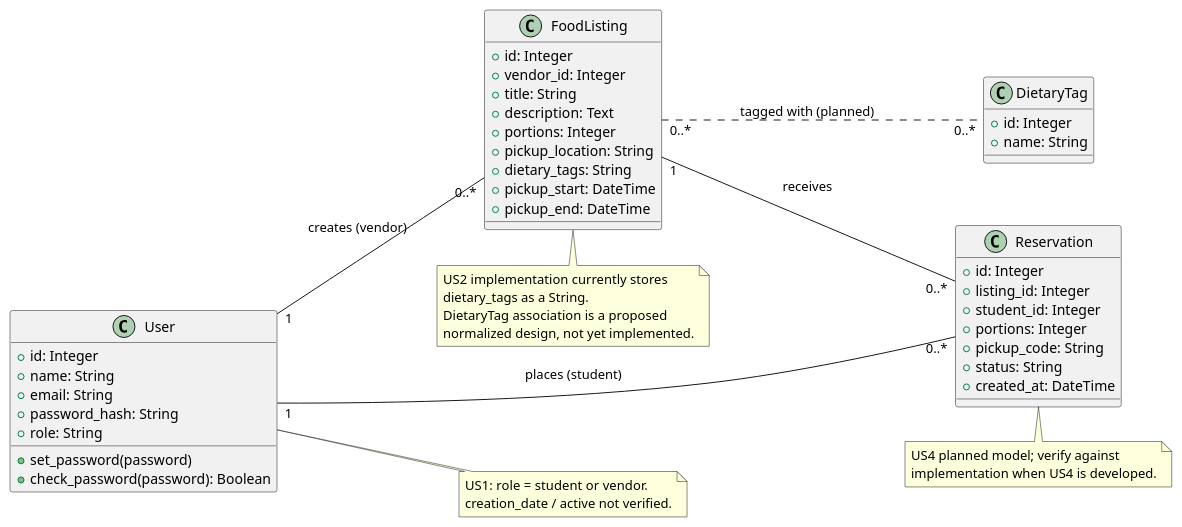
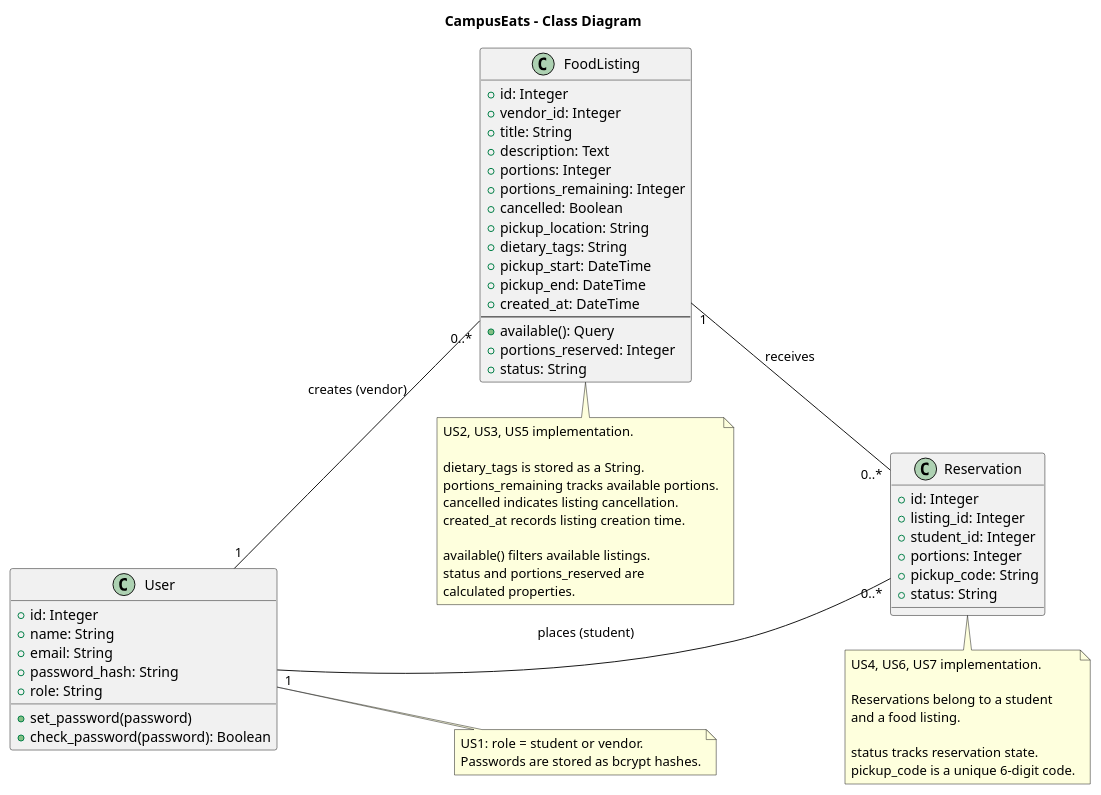
One commit to samhaddad2005/26FCS3250-002-prj-2 changed the diagram in uml/class.wsd. Above: the diagram before and after it, drawn with PlantUML. The commit also changed other lines of this file and 2 other files, not shown here.

Commit message:
docs: update UML diagrams to match final implementation

```diff
--- a/uml/class.wsd
+++ b/uml/class.wsd
@@ -1,64 +2,75 @@
 @startuml class
+title CampusEats - Class Diagram
 left to right direction
+
 class User {
   +id: Integer
   +name: String
   +email: String
   +password_hash: String
   +role: String
   +set_password(password)
   +check_password(password): Boolean
 }
 
 class FoodListing {
   +id: Integer
   +vendor_id: Integer
   +title: String
   +description: Text
   +portions: Integer
+  +portions_remaining: Integer
+  +cancelled: Boolean
   +pickup_location: String
   +dietary_tags: String
   +pickup_start: DateTime
   +pickup_end: DateTime
-
+  +created_at: DateTime
+  --
+  +available(): Query
+  +portions_reserved: Integer
+  +status: String
 }
 
-class DietaryTag{
-   +id: Integer
-   +name: String
-}
-
-class Reservation{
+class Reservation {
   +id: Integer
   +listing_id: Integer
   +student_id: Integer
   +portions: Integer
   +pickup_code: String
   +status: String
-  +created_at: DateTime
 }
 
 User "1" -- "0..*" FoodListing : creates (vendor)
 User "1" -- "0..*" Reservation : places (student)
 FoodListing "1" -- "0..*" Reservation : receives
-FoodListing "0..*" .. "0..*" DietaryTag : tagged with (planned)
 
 note right of User
   US1: role = student or vendor.
-  creation_date / active not verified.
+  Passwords are stored as bcrypt hashes.
 end note
 
 note bottom of FoodListing
-  US2 implementation currently stores
-  dietary_tags as a String.
-  DietaryTag association is a proposed
-  normalized design, not yet implemented.
+  US2, US3, US5 implementation.
+
+  dietary_tags is stored as a String.
+  portions_remaining tracks available portions.
+  cancelled indicates listing cancellation.
+  created_at records listing creation time.
+
+  available() filters available listings.
+  status and portions_reserved are
+  calculated properties.
 end note
 
 note bottom of Reservation
-  US4 planned model; verify against
-  implementation when US4 is developed.
+  US4, US6, US7 implementation.
+
+  Reservations belong to a student
+  and a food listing.
+
+  status tracks reservation state.
+  pickup_code is a unique 6-digit code.
 end note
 
-
 @enduml
```
